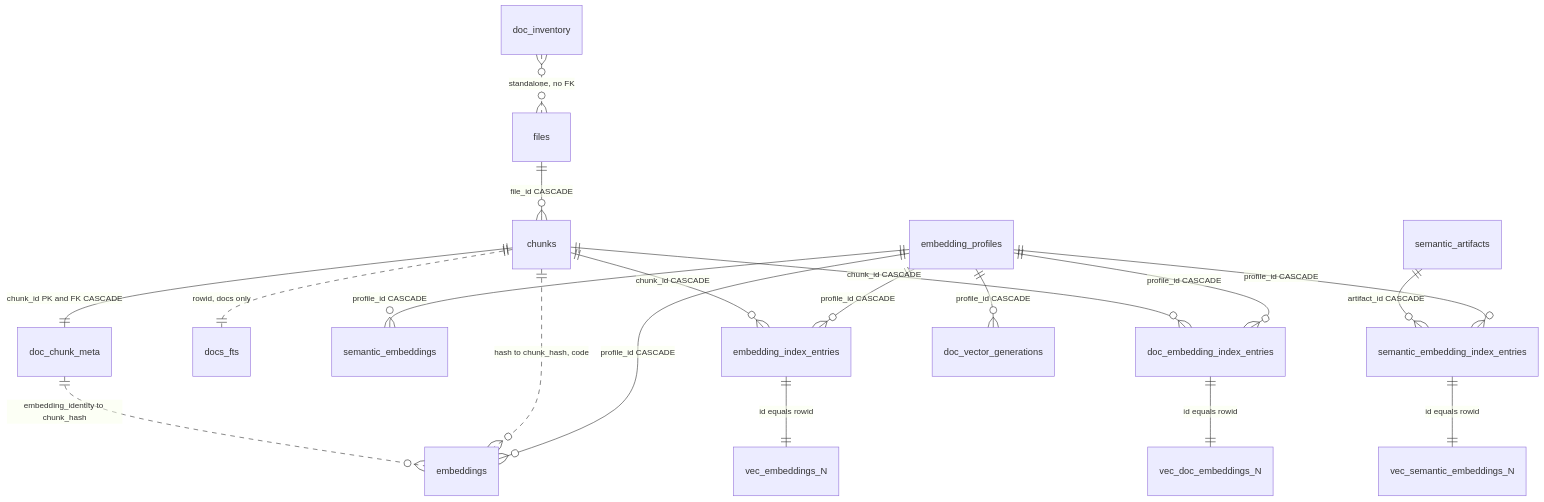
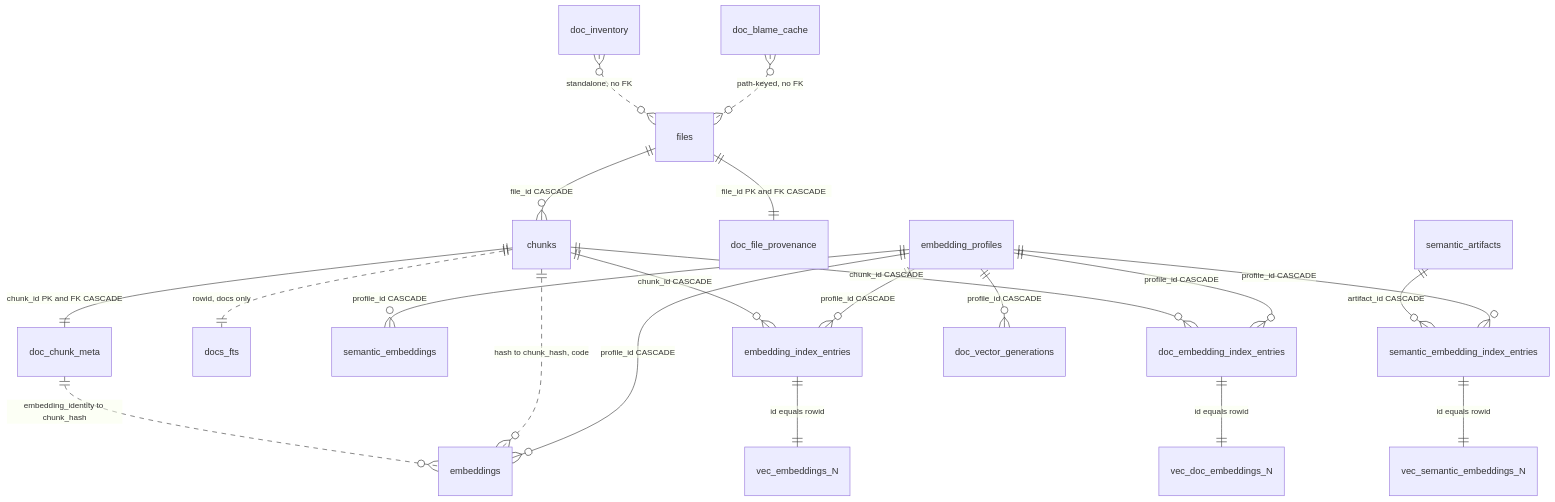
Before and after one commit to iantocristian/jscout: the second of 3 diagrams in docs/codebase-analysis/08-storage-schema.md, drawn with Mermaid. The commit also changed other lines of this file and 10 other files, not shown here.

Commit message:
docs: refresh architecture analysis for plane identities

````diff
--- a/docs/codebase-analysis/08-storage-schema.md
+++ b/docs/codebase-analysis/08-storage-schema.md
@@ -121,21 +123,23 @@
 ```mermaid
 erDiagram
     files ||--o{ chunks : "file_id CASCADE"
     chunks ||--|| doc_chunk_meta : "chunk_id PK and FK CASCADE"
+    files ||--|| doc_file_provenance : "file_id PK and FK CASCADE"
+    doc_blame_cache }o..o{ files : "path-keyed, no FK"
     chunks ||..|| docs_fts : "rowid, docs only"
     doc_inventory }o..o{ files : "standalone, no FK"
     embedding_profiles ||--o{ embeddings : "profile_id CASCADE"
     embedding_profiles ||--o{ semantic_embeddings : "profile_id CASCADE"
     embedding_profiles ||--o{ embedding_index_entries : "profile_id CASCADE"
     embedding_profiles ||--o{ doc_embedding_index_entries : "profile_id CASCADE"
     embedding_profiles ||--o{ semantic_embedding_index_entries : "profile_id CASCADE"
     embedding_profiles ||--o{ doc_vector_generations : "profile_id CASCADE"
     chunks ||--o{ embedding_index_entries : "chunk_id CASCADE"
     chunks ||--o{ doc_embedding_index_entries : "chunk_id CASCADE"
     chunks ||..o{ embeddings : "hash to chunk_hash, code"
     doc_chunk_meta ||..o{ embeddings : "embedding_identity to chunk_hash"
     semantic_artifacts ||--o{ semantic_embedding_index_entries : "artifact_id CASCADE"
     embedding_index_entries ||--|| vec_embeddings_N : "id equals rowid"
     doc_embedding_index_entries ||--|| vec_doc_embeddings_N : "id equals rowid"
     semantic_embedding_index_entries ||--|| vec_semantic_embeddings_N : "id equals rowid"
 ```
````
